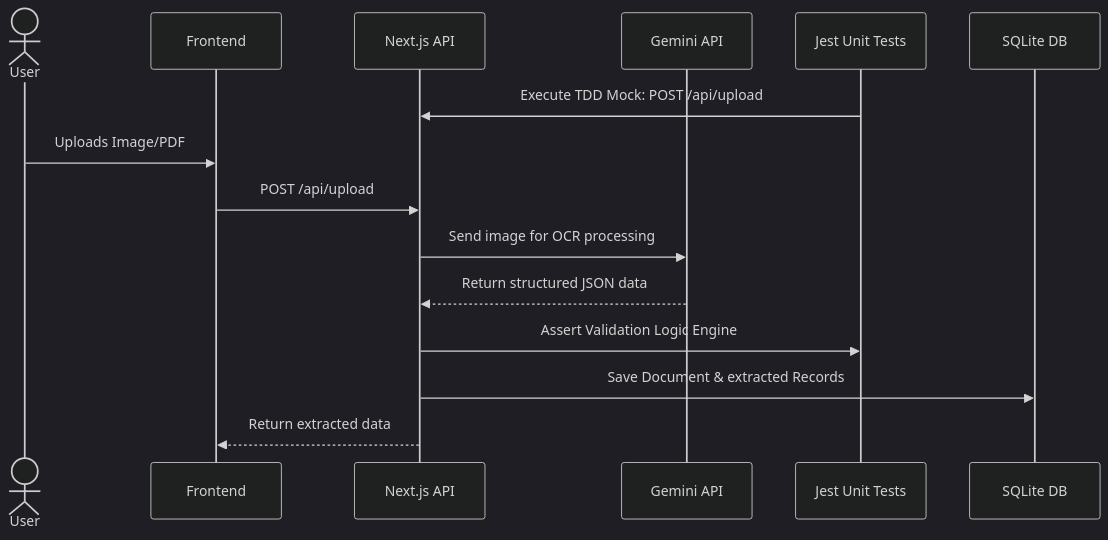
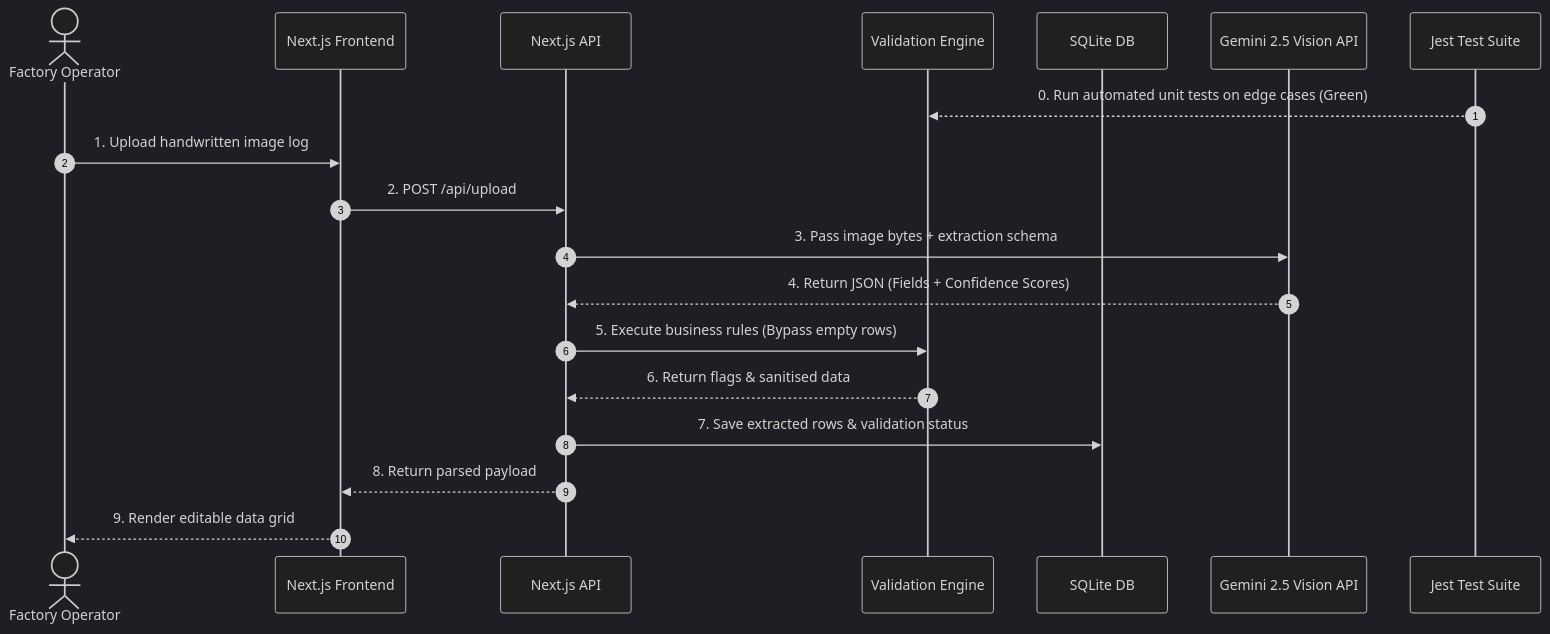
The fourth of 8 diagrams in README.md (nanthitha25/biztelai), drawn with Mermaid (dark theme) before and after one commit. The commit also changed other lines of this file, not shown here.

Commit message:
docs: Update Architecture and Sequence diagrams

````diff
--- a/README.md
+++ b/README.md
@@ -138,18 +121,22 @@
 ```mermaid
 sequenceDiagram
-    actor User
-    participant UI as Frontend
+    autonumber
+    actor Operator as Factory Operator
+    participant UI as Next.js Frontend
     participant API as Next.js API
-    participant AI as Gemini API
-    participant Test as Jest Unit Tests
+    participant Validation as Validation Engine
     participant DB as SQLite DB
+    participant Gemini as Gemini 2.5 Vision API
+    participant Tests as Jest Test Suite
 
-    Test->>API: Execute TDD Mock: POST /api/upload
-    User->>UI: Uploads Image/PDF
-    UI->>API: POST /api/upload
-    API->>AI: Send image for OCR processing
-    AI-->>API: Return structured JSON data
-    API->>Test: Assert Validation Logic Engine
-    API->>DB: Save Document & extracted Records
-    API-->>UI: Return extracted data
+    Tests-->>Validation: 0. Run automated unit tests on edge cases (Green)
+    Operator->>UI: 1. Upload handwritten image log
+    UI->>API: 2. POST /api/upload
+    API->>Gemini: 3. Pass image bytes + extraction schema
+    Gemini-->>API: 4. Return JSON (Fields + Confidence Scores)
+    API->>Validation: 5. Execute business rules (Bypass empty rows)
+    Validation-->>API: 6. Return flags & sanitised data
+    API->>DB: 7. Save extracted rows & validation status
+    API-->>UI: 8. Return parsed payload
+    UI-->>Operator: 9. Render editable data grid
 ```
````
